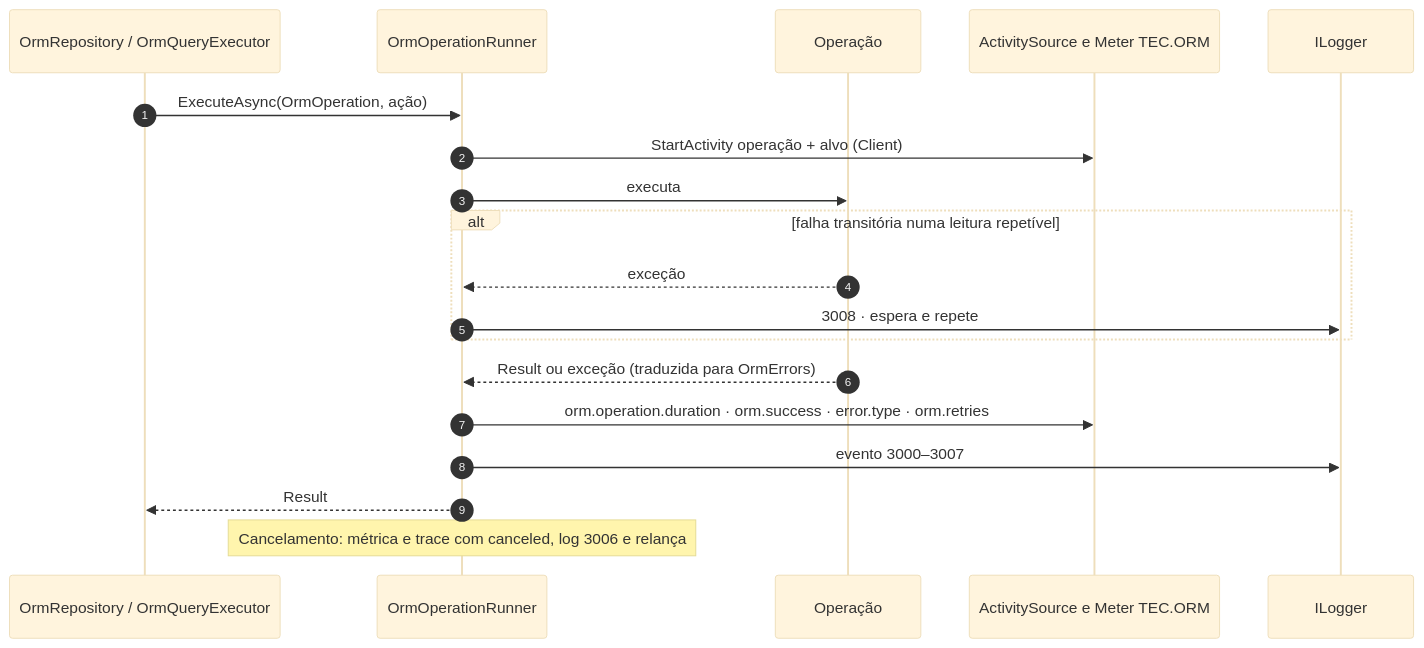
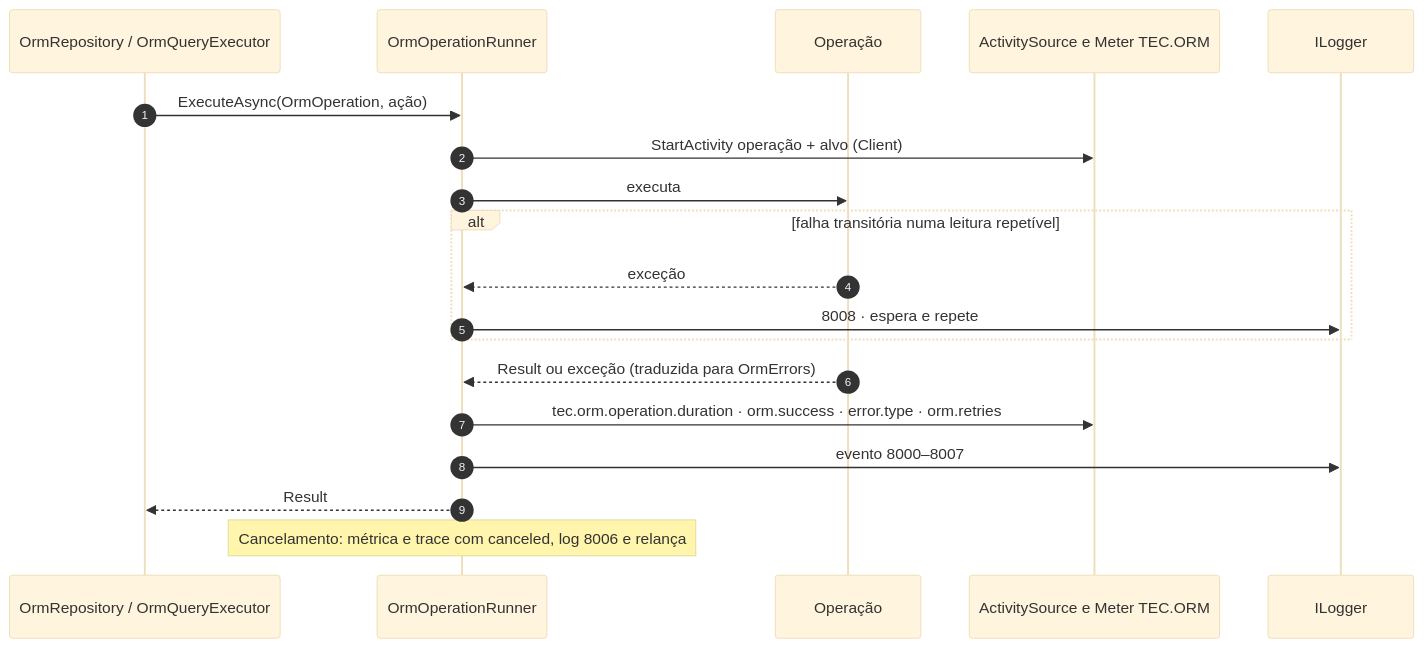
Before and after one commit to tudoemcodigo/lib-tec-orm: the diagram in docs/observabilidade.md, drawn with Mermaid (base theme). The commit also changed other lines of this file and 27 other files, not shown here.

First line of the commit message:
fix(telemetria): instrumentos tec.orm.* e EventId na faixa 8000-8999

````diff
--- a/docs/observabilidade.md
+++ b/docs/observabilidade.md
@@ -26,21 +26,21 @@
 ```mermaid
 sequenceDiagram
     autonumber
     participant Repo as OrmRepository / OrmQueryExecutor
     participant Run as OrmOperationRunner
     participant Op as Operação
     participant OT as ActivitySource e Meter TEC.ORM
     participant Log as ILogger
     Repo->>Run: ExecuteAsync(OrmOperation, ação)
     Run->>OT: StartActivity operação + alvo (Client)
     Run->>Op: executa
     alt falha transitória numa leitura repetível
         Op-->>Run: exceção
-        Run->>Log: 3008 · espera e repete
+        Run->>Log: 8008 · espera e repete
     end
     Op-->>Run: Result ou exceção (traduzida para OrmErrors)
-    Run->>OT: orm.operation.duration · orm.success · error.type · orm.retries
-    Run->>Log: evento 3000–3007
+    Run->>OT: tec.orm.operation.duration · orm.success · error.type · orm.retries
+    Run->>Log: evento 8000–8007
     Run-->>Repo: Result
-    Note over Run: Cancelamento: métrica e trace com canceled, log 3006 e relança
+    Note over Run: Cancelamento: métrica e trace com canceled, log 8006 e relança
 ```
````
